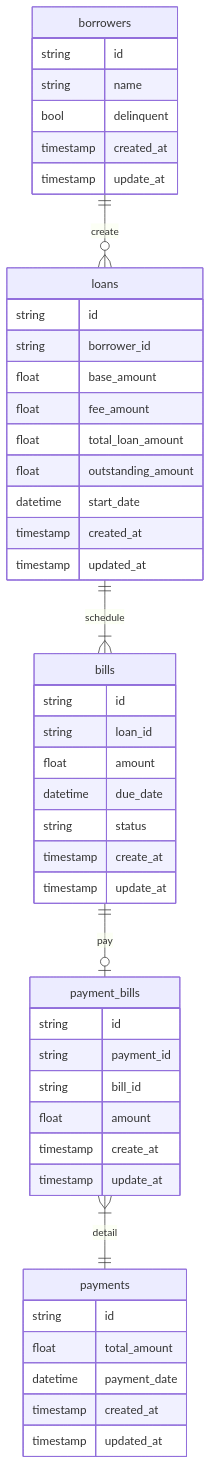
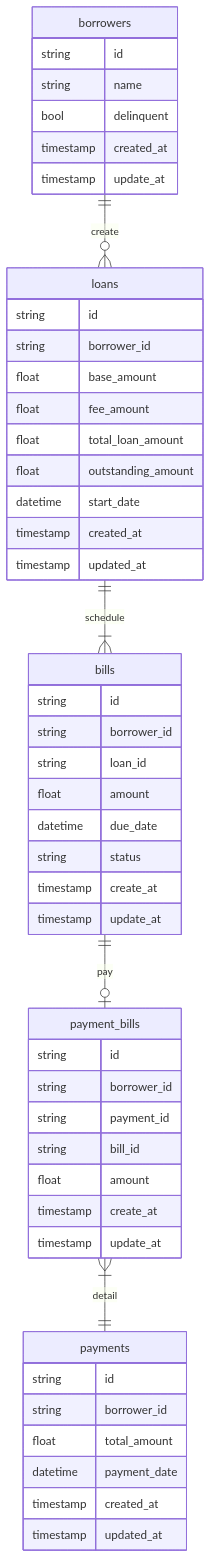
Before and after one commit to ran-jita/billing-engine: the diagram in documentation/3.database.md, drawn with Mermaid. The commit also changed 5 other files, not shown here.

````diff
--- a/documentation/3.database.md
+++ b/documentation/3.database.md
@@ -1,49 +1,52 @@
 ```mermaid
 erDiagram
 borrowers {
     string id
     string name
     bool delinquent
     timestamp created_at
     timestamp update_at
 }
 borrowers ||--o{ loans : create
 loans {
     string id
     string borrower_id
     float base_amount
     float fee_amount
     float total_loan_amount
     float outstanding_amount
     datetime start_date
     timestamp created_at
     timestamp updated_at
 }
 loans ||--|{ bills: schedule
 bills {
     string id
+    string borrower_id
     string loan_id
     float amount
     datetime due_date
     string status
     timestamp create_at
     timestamp update_at
 }
 bills ||--o| payment_bills: pay
 payment_bills {
     string id
+    string borrower_id
     string payment_id
     string bill_id
     float amount
     timestamp create_at
     timestamp update_at
 }
 payment_bills }|--|| payments: detail
 payments {
     string id
+    string borrower_id
     float total_amount
     datetime payment_date
     timestamp created_at
     timestamp updated_at
 }
 ```
````
